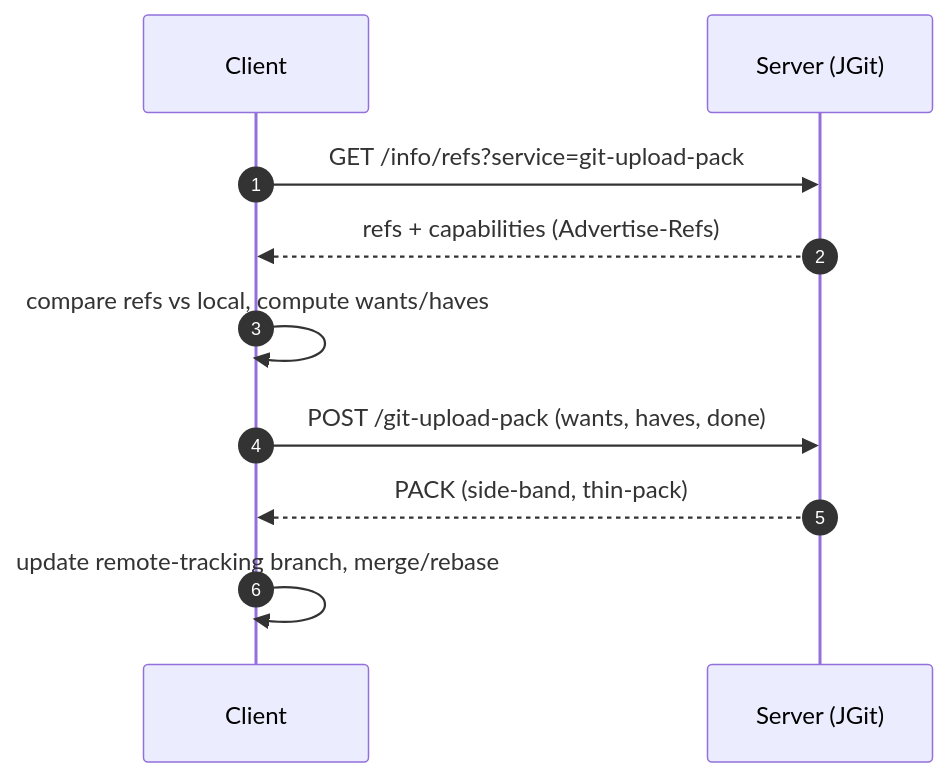
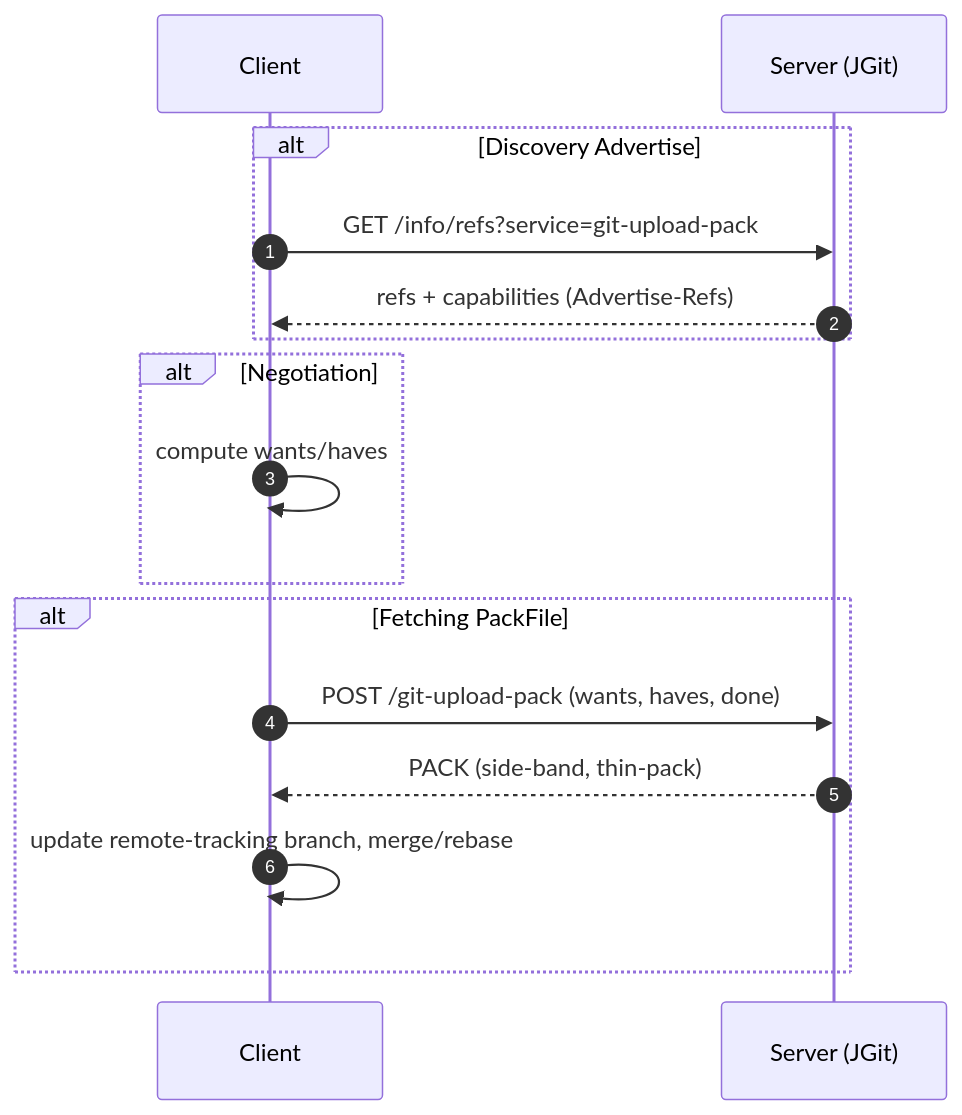
The diagram in _posts/2025-11-11-git-pull-event-trace.md (hrllk/hrllk.github.io), drawn with Mermaid before and after one commit. The commit also changed other lines of this file, not shown here.

````diff
--- a/_posts/2025-11-11-git-pull-event-trace.md
+++ b/_posts/2025-11-11-git-pull-event-trace.md
@@ -156,14 +169,20 @@
 ``` mermaid 
 sequenceDiagram
   autonumber
   participant C as Client
   participant S as Server (JGit)
 
-  C->>S: GET /info/refs?service=git-upload-pack
-  S-->>C: refs + capabilities (Advertise-Refs)
-  C->>C: compare refs vs local, compute wants/haves
+  alt Discovery Advertise
+      C->>S: GET /info/refs?service=git-upload-pack
+      S-->>C: refs + capabilities (Advertise-Refs)
+  end
+  alt Negotiation
+      C->>C: compute wants/haves
+  end
+  alt Fetching PackFile
   C->>S: POST /git-upload-pack (wants, haves, done)
   S-->>C: PACK (side-band, thin-pack)
   C->>C: update remote-tracking branch, merge/rebase
+  end 
 
 ```
````
